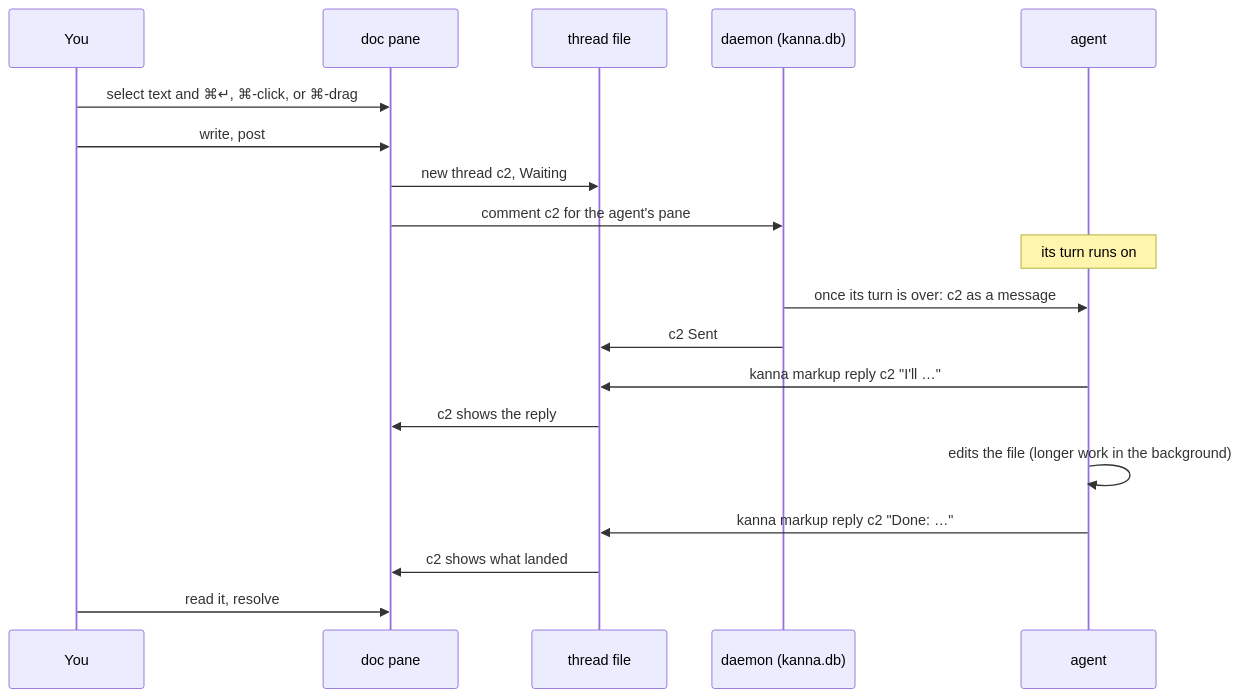
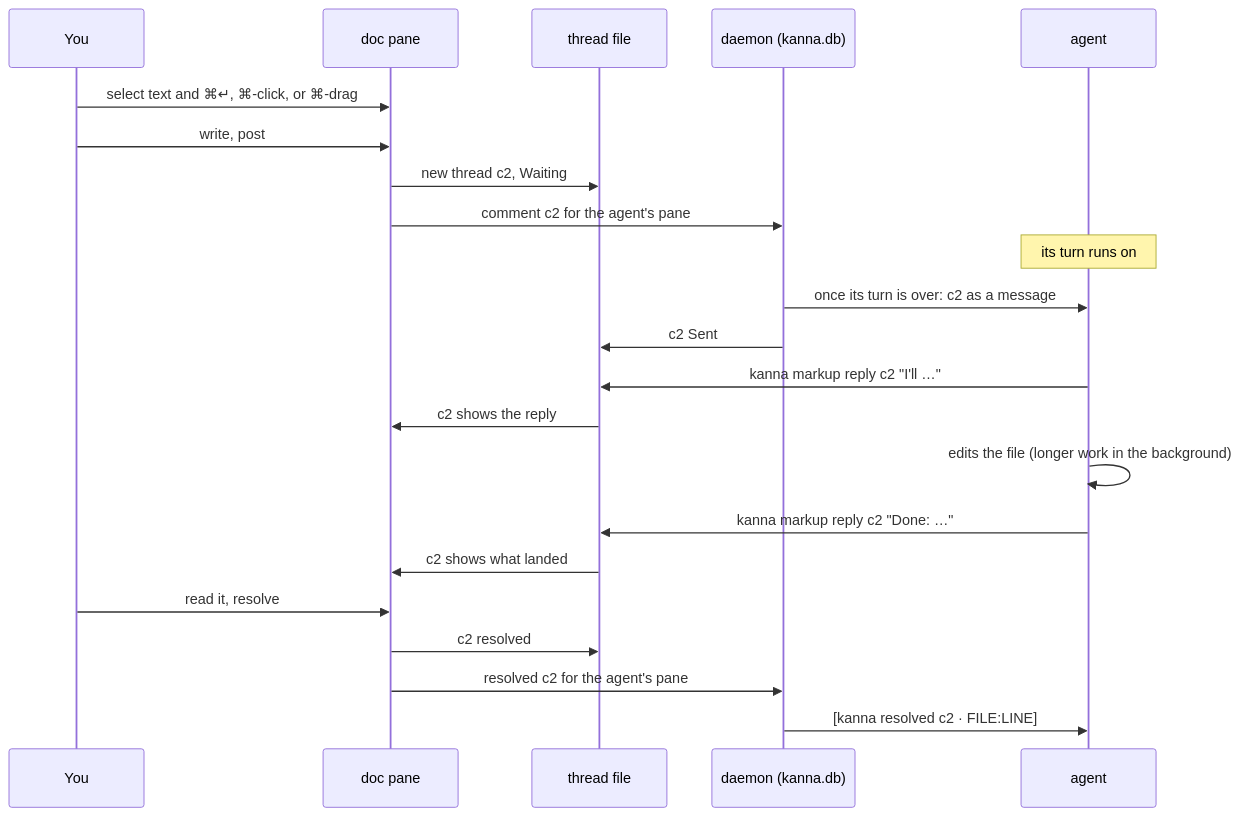
One commit to tampopogk/kanna changed the first of 4 diagrams in docs/specs/doc-markup.md. Above: the diagram before and after it, drawn with Mermaid. The commit also changed other lines of this file and 14 other files, not shown here.

````diff
--- a/docs/specs/doc-markup.md
+++ b/docs/specs/doc-markup.md
@@ -21,21 +21,24 @@
 ```mermaid
 sequenceDiagram
     participant You
     participant Doc as doc pane
     participant F as thread file
     participant D as daemon (kanna.db)
     participant A as agent
     You->>Doc: select text and ⌘↵, ⌘-click, or ⌘-drag
     You->>Doc: write, post
     Doc->>F: new thread c2, Waiting
     Doc->>D: comment c2 for the agent's pane
     Note over A: its turn runs on
     D->>A: once its turn is over: c2 as a message
     D->>F: c2 Sent
     A->>F: kanna markup reply c2 "I'll …"
     F->>Doc: c2 shows the reply
     A->>A: edits the file (longer work in the background)
     A->>F: kanna markup reply c2 "Done: …"
     F->>Doc: c2 shows what landed
     You->>Doc: read it, resolve
+    Doc->>F: c2 resolved
+    Doc->>D: resolved c2 for the agent's pane
+    D->>A: [kanna resolved c2 · FILE:LINE]
 ```
````
